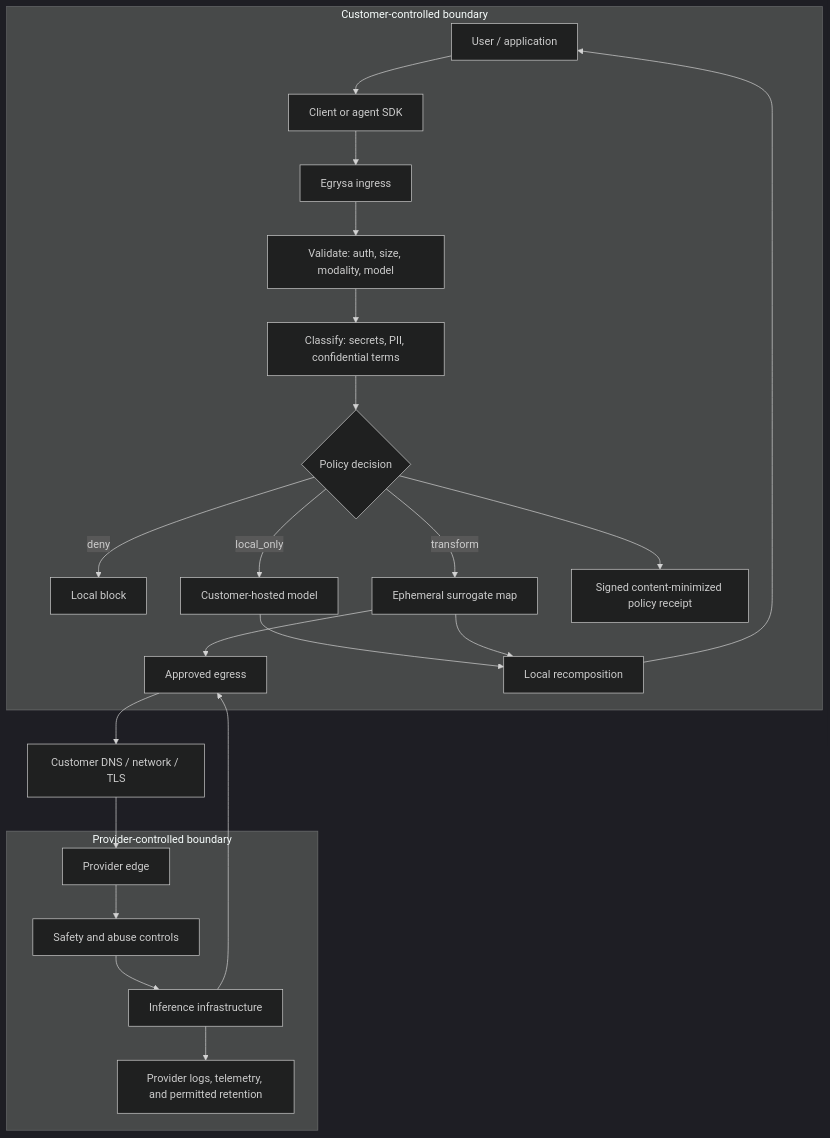
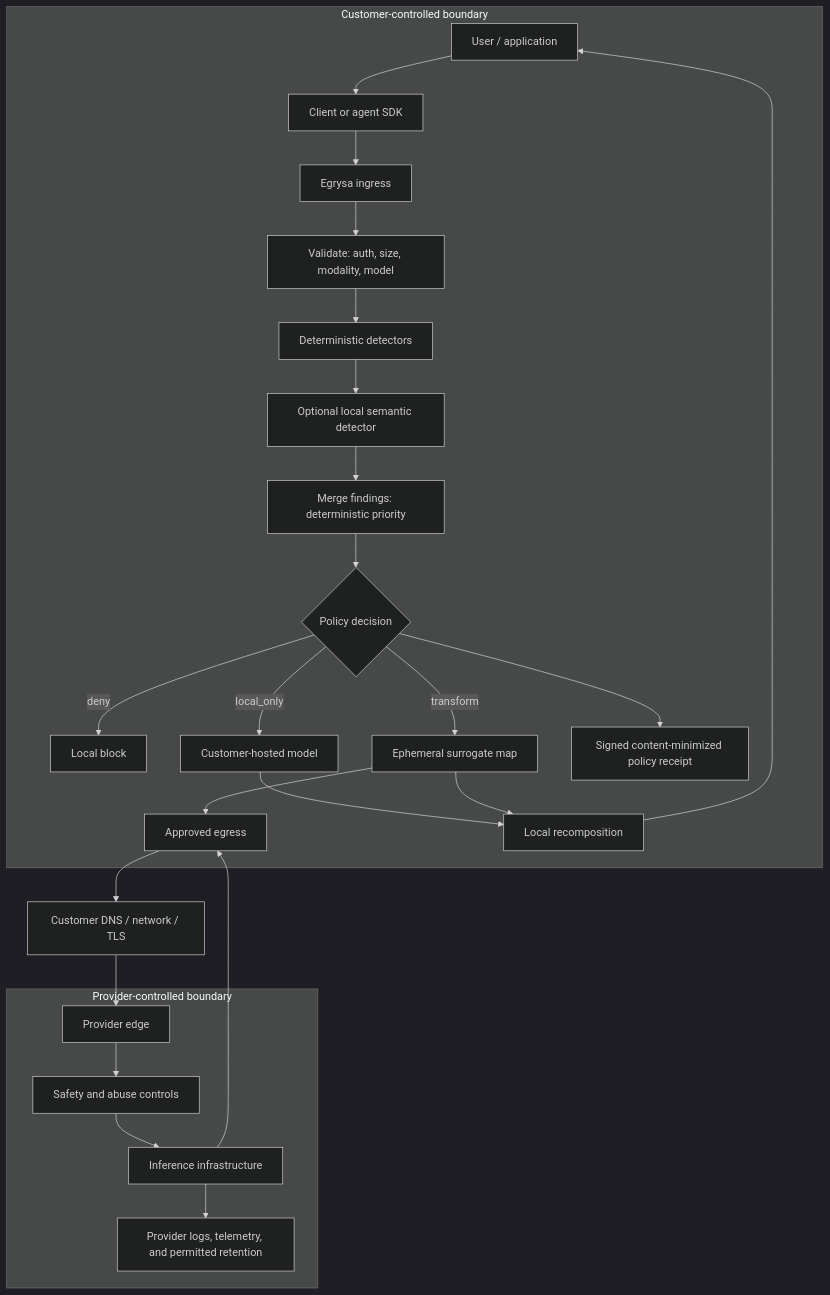
The diagram in docs/ARCHITECTURE.md (sundeep229211/egrysa), drawn with Mermaid (dark theme) before and after one commit. The commit also changed other lines of this file and 37 other files, not shown here.

Commit message:
feat: add reference local semantic detector (#8)

````diff
--- a/docs/ARCHITECTURE.md
+++ b/docs/ARCHITECTURE.md
@@ -5,27 +5,29 @@
 ```mermaid
 flowchart TB
     subgraph Customer["Customer-controlled boundary"]
       U["User / application"] --> SDK["Client or agent SDK"]
       SDK --> G["Egrysa ingress"]
       G --> V["Validate: auth, size, modality, model"]
-      V --> C["Classify: secrets, PII, confidential terms"]
+      V --> D["Deterministic detectors"]
+      D --> SD["Optional local semantic detector"]
+      SD --> C["Merge findings: deterministic priority"]
       C --> P{"Policy decision"}
       P -->|"deny"| B["Local block"]
       P -->|"local_only"| LM["Customer-hosted model"]
       P -->|"transform"| SV["Ephemeral surrogate map"]
       SV --> E["Approved egress"]
       LM --> RC["Local recomposition"]
       SV --> RC
       RC --> U
       P --> PR["Signed content-minimized policy receipt"]
     end
 
     E --> DNS["Customer DNS / network / TLS"]
     DNS --> EDGE["Provider edge"]
     subgraph Provider["Provider-controlled boundary"]
       EDGE --> SAFE["Safety and abuse controls"]
       SAFE --> INF["Inference infrastructure"]
       INF --> RET["Provider logs, telemetry, and permitted retention"]
     end
     INF --> E
 ```
````
